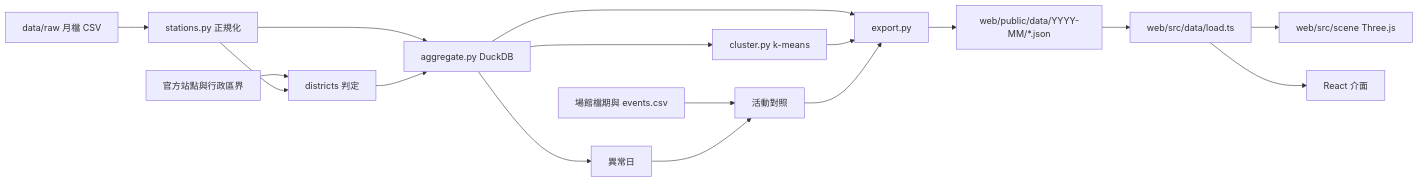
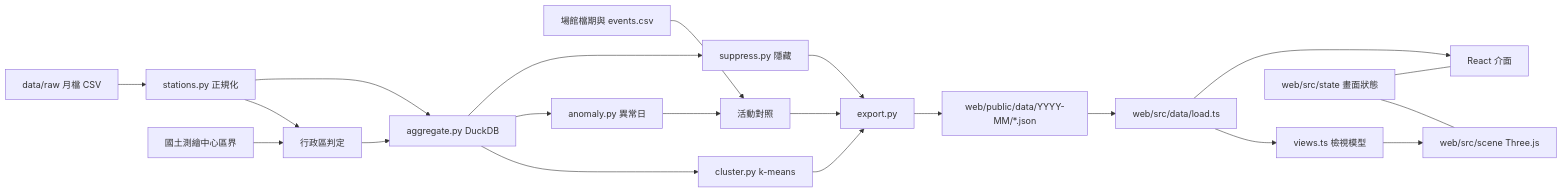
The diagram in _bmad-output/initiative-city-breath/architecture-city-breath-2026-10-26/architecture-city-breath-2026-10-26.md (Piwison/city-breath), drawn with Mermaid before and after one commit. The commit also changed other lines of this file and 6 other files, not shown here.

````diff
--- a/_bmad-output/initiative-city-breath/architecture-city-breath-2026-10-26/architecture-city-breath-2026-10-26.md
+++ b/_bmad-output/initiative-city-breath/architecture-city-breath-2026-10-26/architecture-city-breath-2026-10-26.md
@@ -24,19 +24,23 @@
 ```mermaid
 flowchart LR
   raw[data/raw 月檔 CSV] --> st[stations.py 正規化]
-  geo[官方站點與行政區界] --> dist[districts 判定]
+  geo[國土測繪中心區界] --> dist[行政區判定]
   ven[場館檔期與 events.csv] --> evt[活動對照]
   st --> dist
   st --> agg[aggregate.py DuckDB]
   dist --> agg
   agg --> cl[cluster.py k-means]
-  agg --> an[異常日]
+  agg --> an[anomaly.py 異常日]
   an --> evt
-  agg --> ex[export.py]
-  cl --> ex
+  agg --> sup[suppress.py 隱藏]
+  cl --> ex[export.py]
   evt --> ex
+  sup --> ex
   ex --> pub[web/public/data/YYYY-MM/*.json]
   pub --> load[web/src/data/load.ts]
-  load --> scene[web/src/scene Three.js]
+  load --> views[views.ts 檢視模型]
+  views --> scene[web/src/scene Three.js]
   load --> ui[React 介面]
+  state[web/src/state 畫面狀態] --- scene
+  state --- ui
 ```
````
